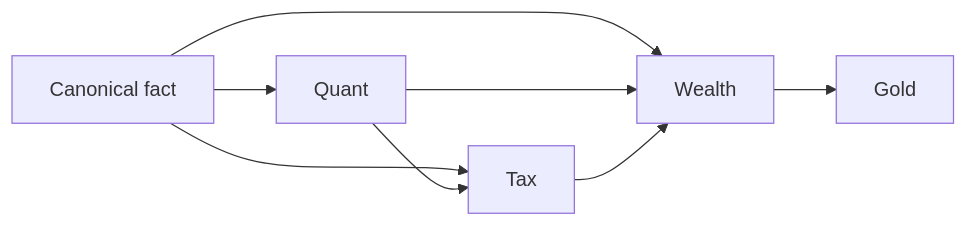
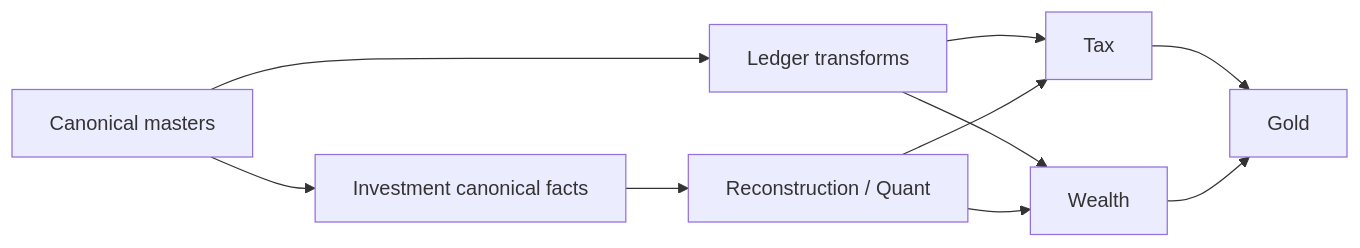
Before and after one commit to tks18/personal-finance-etl: the fifth of 6 diagrams in docs/developer/adding-transformations.md, drawn with Mermaid. The commit also changed other lines of this file and 8 other files, not shown here.

````diff
--- a/docs/developer/adding-transformations.md
+++ b/docs/developer/adding-transformations.md
@@ -201,10 +351,20 @@
 ```mermaid
 flowchart LR
-    FACT[Canonical fact] --> Q[Quant]
-    FACT --> T[Tax]
-    FACT --> W[Wealth]
-    Q --> T
-    Q --> W
-    T --> W
-    W --> G[Gold]
+    MASTER[Canonical masters]
+    LEDGER[Ledger transforms]
+    INV[Investment canonical facts]
+    QUANT[Reconstruction / Quant]
+    TAX[Tax]
+    WEALTH[Wealth]
+    GOLD[Gold]
+
+    MASTER --> LEDGER
+    MASTER --> INV
+    INV --> QUANT
+    LEDGER --> TAX
+    QUANT --> TAX
+    LEDGER --> WEALTH
+    QUANT --> WEALTH
+    TAX --> GOLD
+    WEALTH --> GOLD
 ```
````
